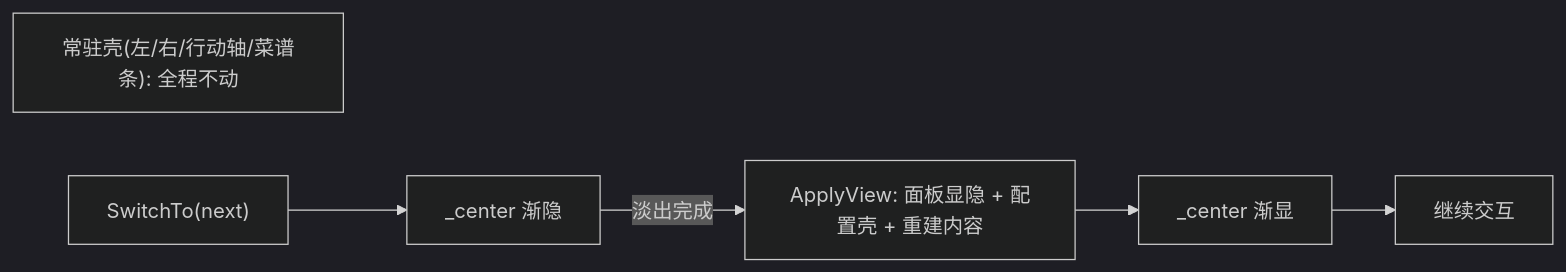
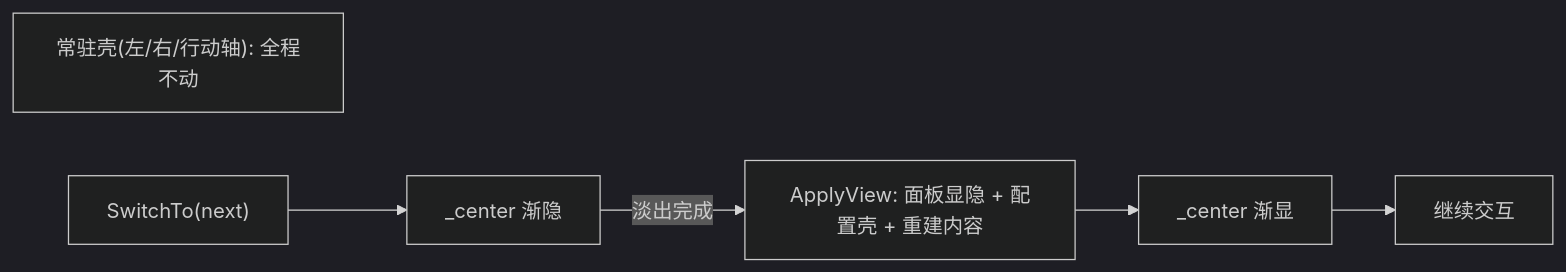
Before and after one commit to 2563495284/gourmetproject: the third of 3 diagrams in GourmetProject/docs/design/游戏设计/界面.md, drawn with Mermaid (dark theme). The commit also changed other lines of this file and 22 other files, not shown here.

````diff
--- a/GourmetProject/docs/design/游戏设计/界面.md
+++ b/GourmetProject/docs/design/游戏设计/界面.md
@@ -305,8 +299,8 @@
 ```mermaid
 flowchart LR
-  Shell["常驻壳(左/右/行动轴/菜谱条): 全程不动"]
+  Shell["常驻壳(左/右/行动轴): 全程不动"]
   Trigger["SwitchTo(next)"] --> FadeOut["_center 渐隐"]
   FadeOut -->|"淡出完成"| Swap["ApplyView: 面板显隐 + 配置壳 + 重建内容"]
   Swap --> FadeIn["_center 渐显"]
   FadeIn --> Done["继续交互"]
 ```
````
